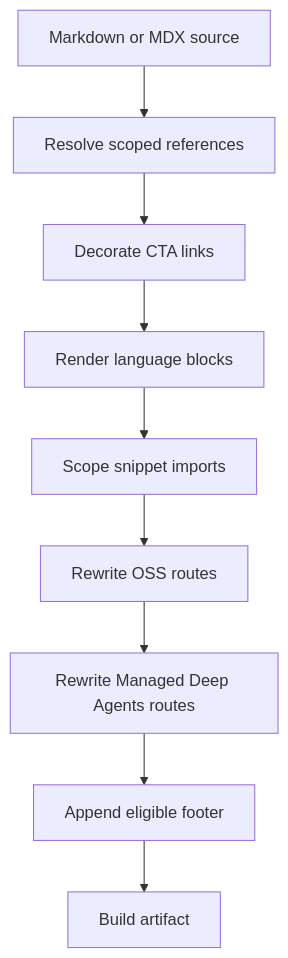
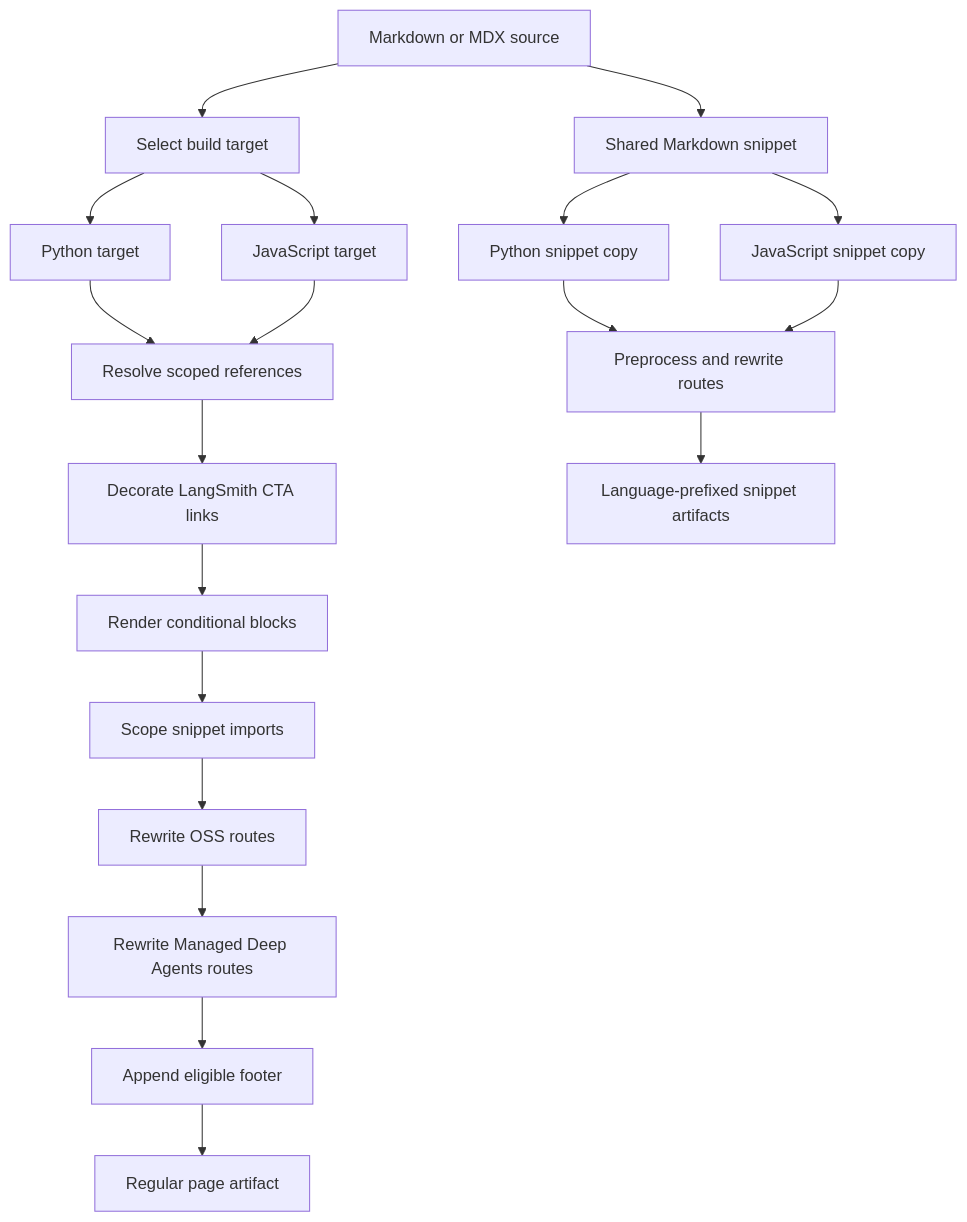
The diagram in openwiki/concepts/preprocessing.md (langchain-ai/docs), drawn with Mermaid before and after one commit. The commit also changed other lines of this file and 32 other files, not shown here.

````diff
--- a/openwiki/concepts/preprocessing.md
+++ b/openwiki/concepts/preprocessing.md
@@ -41,11 +41,21 @@
 ```mermaid
 flowchart TD
-    Source["Markdown or MDX source"] --> References["Resolve scoped references"]
-    References --> Cta["Decorate CTA links"]
-    Cta --> Conditional["Render language blocks"]
+    Source["Markdown or MDX source"] --> Select["Select build target"]
+    Select --> Python["Python target"]
+    Select --> JavaScript["JavaScript target"]
+    Python --> References["Resolve scoped references"]
+    JavaScript --> References
+    References --> Cta["Decorate LangSmith CTA links"]
+    Cta --> Conditional["Render conditional blocks"]
     Conditional --> Snippets["Scope snippet imports"]
     Snippets --> Oss["Rewrite OSS routes"]
     Oss --> Managed["Rewrite Managed Deep Agents routes"]
     Managed --> Footer["Append eligible footer"]
-    Footer --> Output["Build artifact"]
+    Footer --> Output["Regular page artifact"]
+    Source --> SnippetSource["Shared Markdown snippet"]
+    SnippetSource --> SnippetPython["Python snippet copy"]
+    SnippetSource --> SnippetJavaScript["JavaScript snippet copy"]
+    SnippetPython --> SnippetProcess["Preprocess and rewrite routes"]
+    SnippetJavaScript --> SnippetProcess
+    SnippetProcess --> SnippetOutput["Language-prefixed snippet artifacts"]
 ```
````
